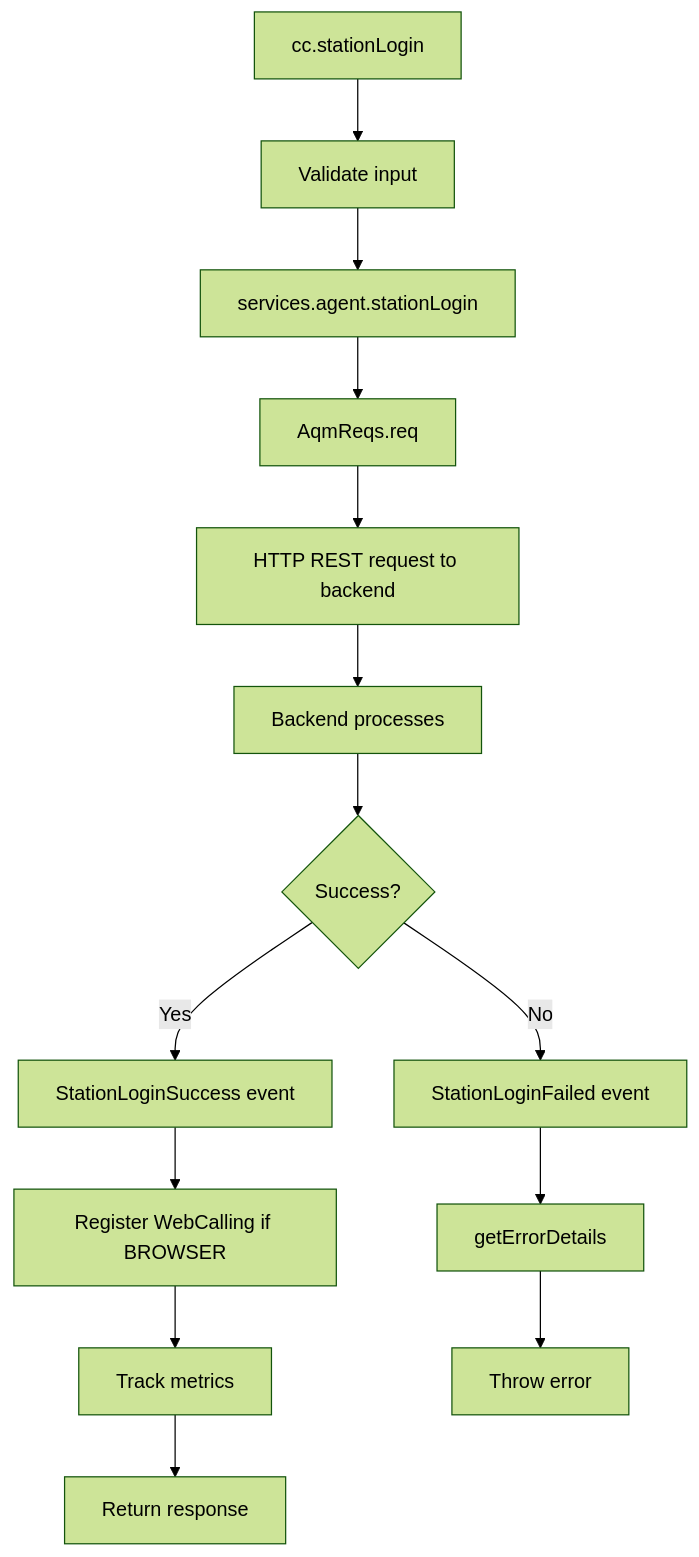
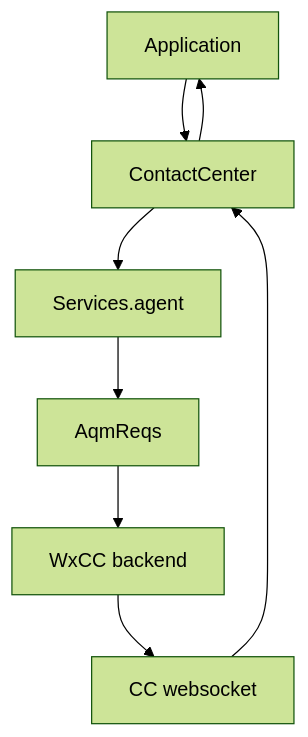
One commit to webex/webex-js-sdk changed the first of 4 diagrams in packages/@webex/contact-center/src/services/agent/ai-docs/ARCHITECTURE.md. Above: the diagram before and after it, drawn with Mermaid (forest theme). The commit also changed other lines of this file and 39 other files, not shown here.

````diff
--- a/packages/@webex/contact-center/src/services/agent/ai-docs/ARCHITECTURE.md
+++ b/packages/@webex/contact-center/src/services/agent/ai-docs/ARCHITECTURE.md
@@ -63,16 +5,10 @@
 ```mermaid
 flowchart TD
-    A[cc.stationLogin] --> B[Validate input]
-    B --> C[services.agent.stationLogin]
-    C --> D[AqmReqs.req]
-    D --> E[HTTP REST request to backend]
-    E --> F[Backend processes]
-    F --> G{Success?}
-    G -->|Yes| H[StationLoginSuccess event]
-    G -->|No| I[StationLoginFailed event]
-    H --> J[Register WebCalling if BROWSER]
-    J --> K[Track metrics]
-    K --> L[Return response]
-    I --> M[getErrorDetails]
-    M --> N[Throw error]
+  App[Application] --> CC[ContactCenter]
+  CC --> Services[Services.agent]
+  Services --> AQM[AqmReqs]
+  AQM --> Backend[WxCC backend]
+  Backend --> WS[CC websocket]
+  WS --> CC
+  CC --> App
 ```
````
